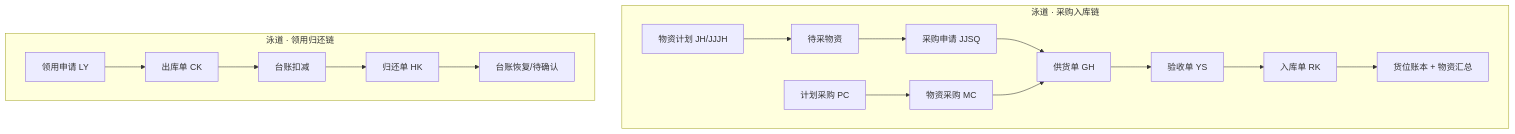
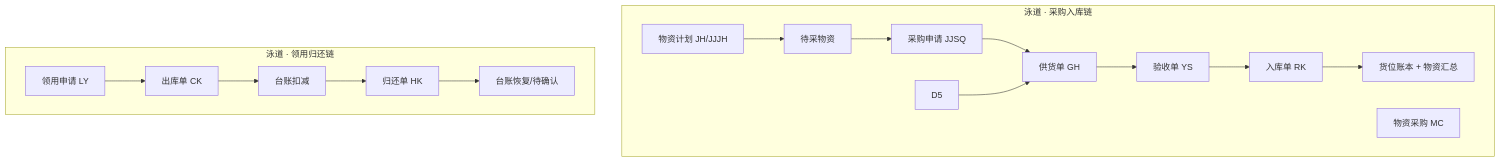
One commit to liaoliao66/wms changed diagram 26 of 28 in docs/prd.md. Above: the diagram before and after it, drawn with Mermaid. The commit also changed other lines of this file and 2 other files, not shown here.

````diff
--- a/docs/prd.md
+++ b/docs/prd.md
@@ -2044,19 +2068,19 @@
 ```mermaid
 flowchart TB
     subgraph doc_purchase["泳道 · 采购入库链"]
         direction LR
         D1["物资计划 JH/JJJH"] --> D2["待采物资"]
         D2 --> D3["采购申请 JJSQ"]
-        D4["计划采购 PC"] --> D5["物资采购 MC"]
+        D4["物资采购 MC"]
         D3 --> D6["供货单 GH"]
         D5 --> D6
         D6 --> D7["验收单 YS"] --> D8["入库单 RK"] --> D9["货位账本 + 物资汇总"]
     end
 
     subgraph doc_requisition["泳道 · 领用归还链"]
         direction LR
         R1["领用申请 LY"] --> R2["出库单 CK"] --> R3["台账扣减"]
         R3 --> R4["归还单 HK"]
         R4 --> R5["台账恢复/待确认"]
     end
 ```
````
